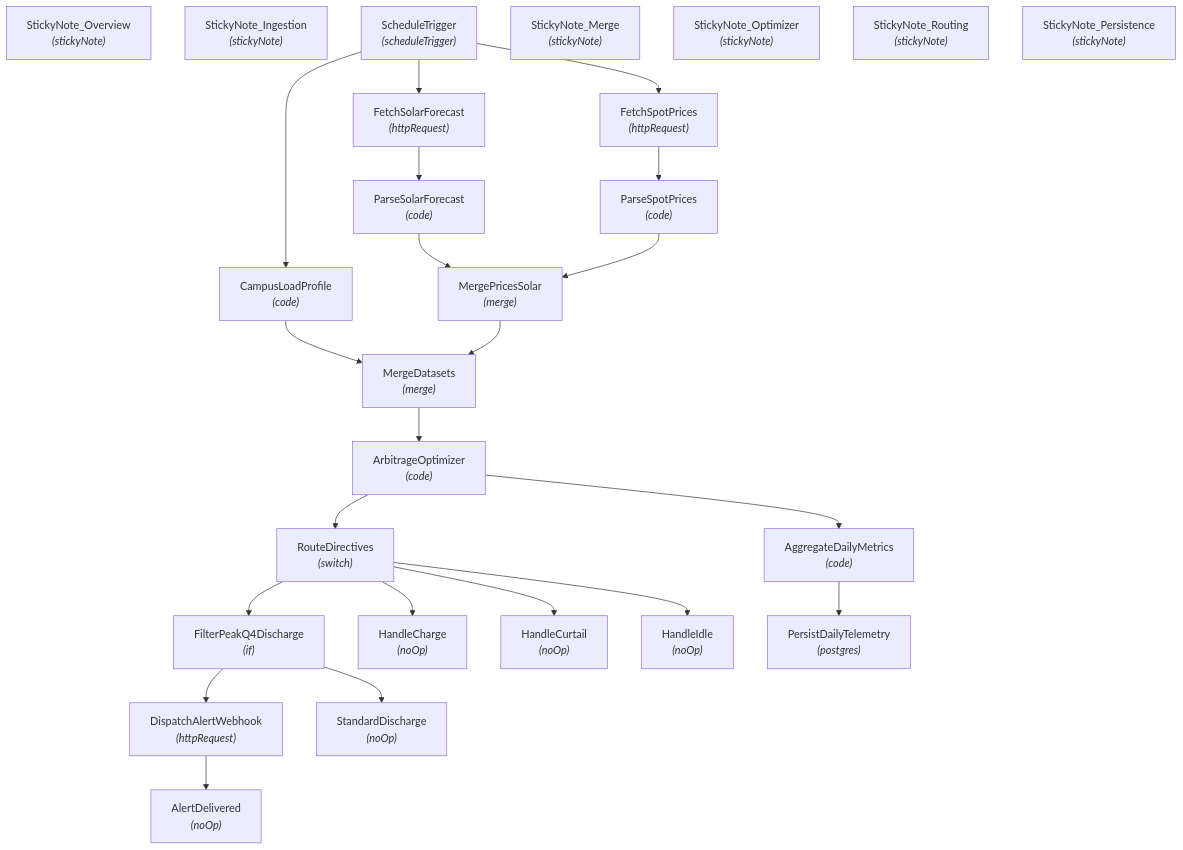
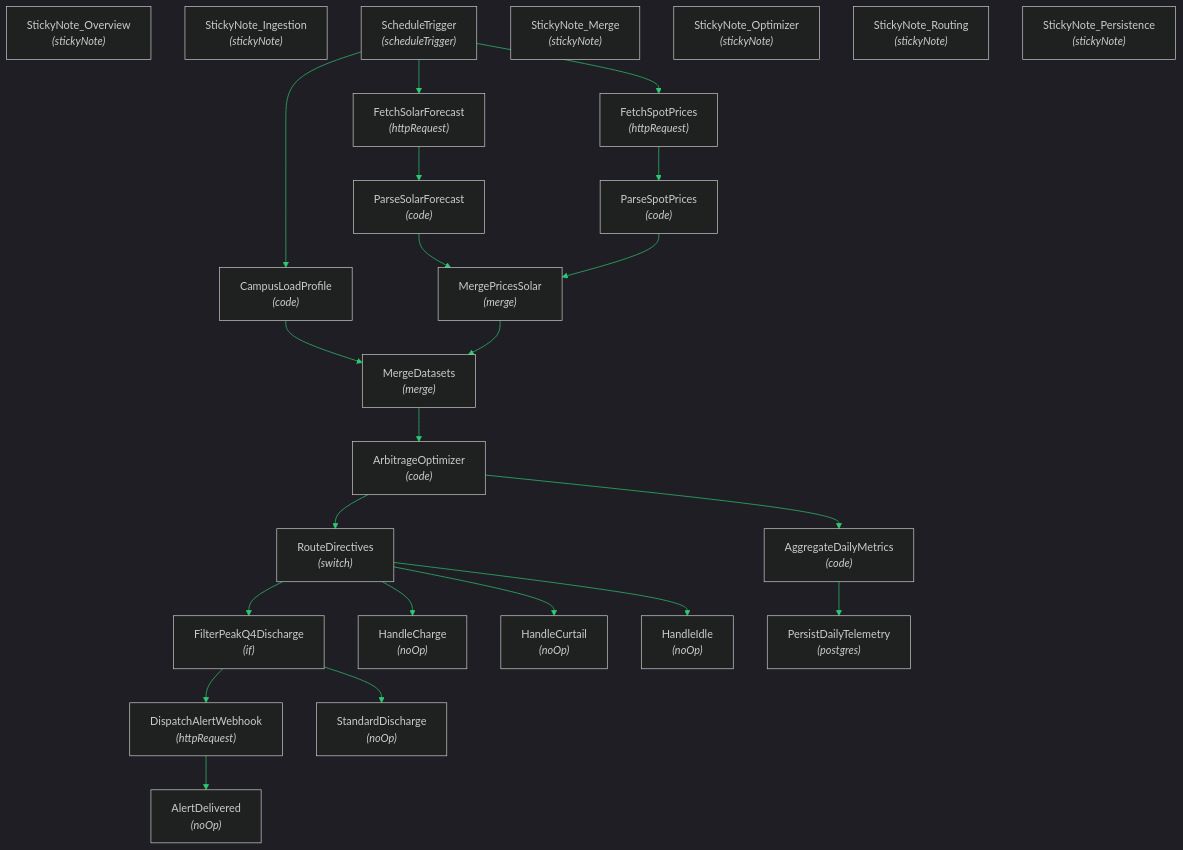
One commit to abderrahman-ai/microgrid-arbitrage-curtailment-dispatch changed the diagram in README.md. Above: the diagram before and after it, drawn with Mermaid. The commit also changed other lines of this file, not shown here.

Commit message:
style: update README with premium dark-mode architecture & custom design

````diff
--- a/README.md
+++ b/README.md
@@ -33,48 +64,49 @@
 ```mermaid
+%%{init: {'theme': 'dark', 'themeVariables': {'primaryColor': '#1a1a2e', 'primaryTextColor': '#e0e0e0', 'primaryBorderColor': '#2ECC71', 'lineColor': '#2ECC71', 'secondaryColor': '#16213e', 'edgeLabelBackground': '#0d0d0d', 'clusterBkg': '#0d0d0d'}}}%%
 graph TD
     StickyNote_Overview["StickyNote_Overview<br/><i>(stickyNote)</i>"]
     StickyNote_Ingestion["StickyNote_Ingestion<br/><i>(stickyNote)</i>"]
     ScheduleTrigger["ScheduleTrigger<br/><i>(scheduleTrigger)</i>"]
     FetchSpotPrices["FetchSpotPrices<br/><i>(httpRequest)</i>"]
     ParseSpotPrices["ParseSpotPrices<br/><i>(code)</i>"]
     FetchSolarForecast["FetchSolarForecast<br/><i>(httpRequest)</i>"]
     ParseSolarForecast["ParseSolarForecast<br/><i>(code)</i>"]
     CampusLoadProfile["CampusLoadProfile<br/><i>(code)</i>"]
     StickyNote_Merge["StickyNote_Merge<br/><i>(stickyNote)</i>"]
     MergePricesSolar["MergePricesSolar<br/><i>(merge)</i>"]
     MergeDatasets["MergeDatasets<br/><i>(merge)</i>"]
     StickyNote_Optimizer["StickyNote_Optimizer<br/><i>(stickyNote)</i>"]
     ArbitrageOptimizer["ArbitrageOptimizer<br/><i>(code)</i>"]
     StickyNote_Routing["StickyNote_Routing<br/><i>(stickyNote)</i>"]
     RouteDirectives["RouteDirectives<br/><i>(switch)</i>"]
     FilterPeakQ4Discharge["FilterPeakQ4Discharge<br/><i>(if)</i>"]
     DispatchAlertWebhook["DispatchAlertWebhook<br/><i>(httpRequest)</i>"]
     AlertDelivered["AlertDelivered<br/><i>(noOp)</i>"]
     StandardDischarge["StandardDischarge<br/><i>(noOp)</i>"]
     HandleCharge["HandleCharge<br/><i>(noOp)</i>"]
     HandleCurtail["HandleCurtail<br/><i>(noOp)</i>"]
     HandleIdle["HandleIdle<br/><i>(noOp)</i>"]
     StickyNote_Persistence["StickyNote_Persistence<br/><i>(stickyNote)</i>"]
     AggregateDailyMetrics["AggregateDailyMetrics<br/><i>(code)</i>"]
     PersistDailyTelemetry["PersistDailyTelemetry<br/><i>(postgres)</i>"]
     AggregateDailyMetrics --> PersistDailyTelemetry
     ArbitrageOptimizer --> RouteDirectives
     ArbitrageOptimizer --> AggregateDailyMetrics
     CampusLoadProfile --> MergeDatasets
     DispatchAlertWebhook --> AlertDelivered
     FetchSolarForecast --> ParseSolarForecast
     FetchSpotPrices --> ParseSpotPrices
     FilterPeakQ4Discharge --> DispatchAlertWebhook
     FilterPeakQ4Discharge --> StandardDischarge
     MergeDatasets --> ArbitrageOptimizer
     MergePricesSolar --> MergeDatasets
     ParseSolarForecast --> MergePricesSolar
     ParseSpotPrices --> MergePricesSolar
     RouteDirectives --> FilterPeakQ4Discharge
     RouteDirectives --> HandleCharge
     RouteDirectives --> HandleCurtail
     RouteDirectives --> HandleIdle
     ScheduleTrigger --> FetchSpotPrices
     ScheduleTrigger --> FetchSolarForecast
     ScheduleTrigger --> CampusLoadProfile
 ```
````
